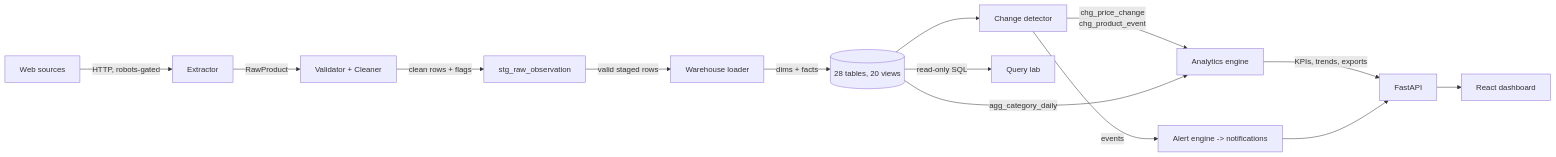
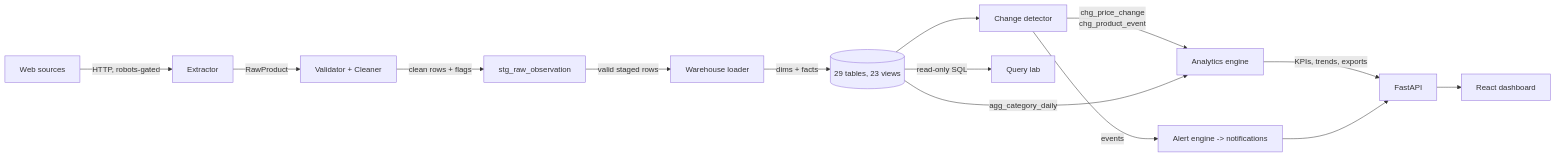
One commit to Ahmedbakr78/Web-to-Warehouse-Product-Intelligence-Pipeline changed the diagram in docs/diagrams/out/README_08.mmd. Above: the diagram before and after it, drawn with Mermaid. The commit also changed 89 other files, not shown here.

First line of the commit message:
Regenerate diagrams and refresh site metadata

```diff
--- a/docs/diagrams/out/README_08.mmd
+++ b/docs/diagrams/out/README_08.mmd
@@ -1,15 +1,15 @@
 
 flowchart LR
     W["Web sources"] -->|"HTTP, robots-gated"| E["Extractor"]
     E -->|"RawProduct"| V["Validator + Cleaner"]
     V -->|"clean rows + flags"| ST["stg_raw_observation"]
     ST -->|"valid staged rows"| L["Warehouse loader"]
-    L -->|"dims + facts"| WH[("28 tables, 20 views")]
+    L -->|"dims + facts"| WH[("29 tables, 23 views")]
     WH --> CD["Change detector"]
     CD -->|"chg_price_change<br/>chg_product_event"| AN["Analytics engine"]
     WH -->|"agg_category_daily"| AN
     CD -->|"events"| AL["Alert engine -> notifications"]
     AN -->|"KPIs, trends, exports"| AP["FastAPI"]
     AL --> AP
     AP --> UI["React dashboard"]
     WH -->|"read-only SQL"| QL["Query lab"]
```
